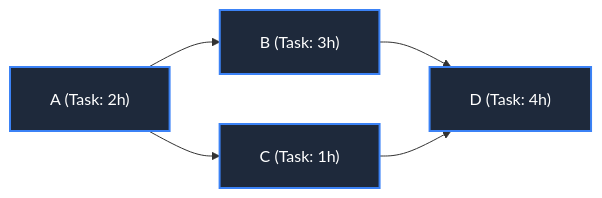
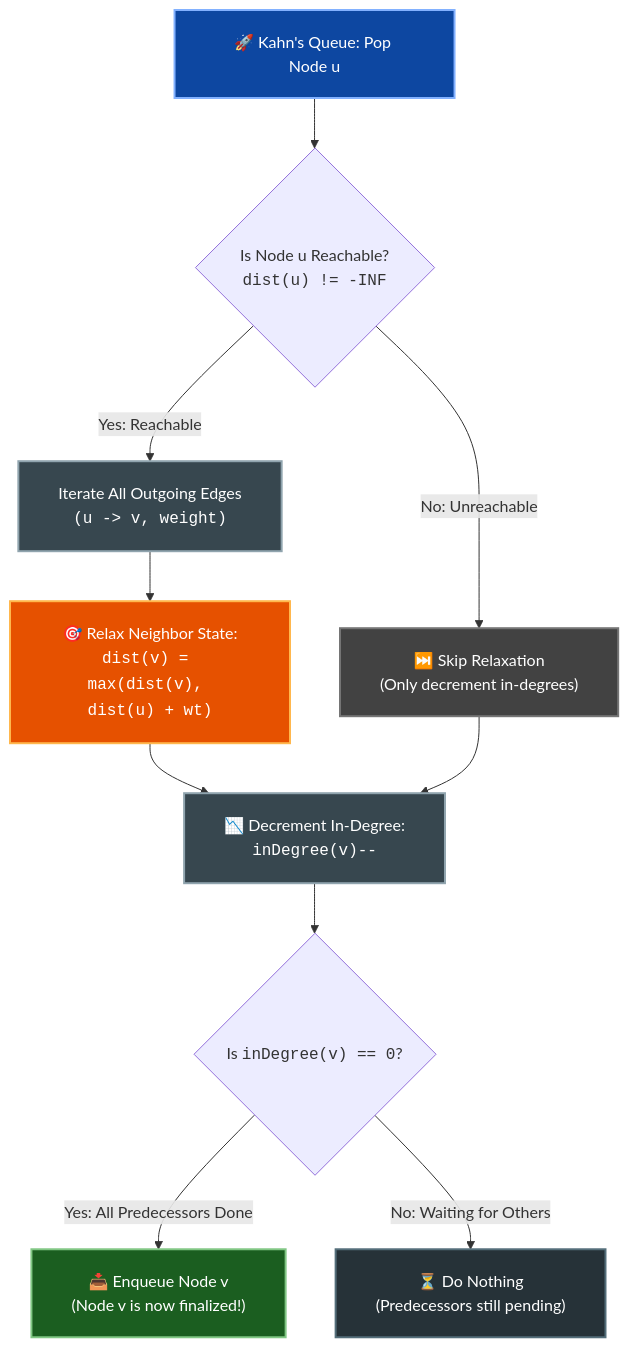
Before and after one commit to dip4k/DSA_102: the diagram in week_11_dp_ii_advanced/Week_11_Day_02_DP_On_DAGs_Instructional.md, drawn with Mermaid. The commit also changed other lines of this file and 147 other files, not shown here.

First line of the commit message:
feat(curriculum): enrich Weeks 01-19 instructional modules & resolve repository-wide Mermaid cutoff

````diff
--- a/week_11_dp_ii_advanced/Week_11_Day_02_DP_On_DAGs_Instructional.md
+++ b/week_11_dp_ii_advanced/Week_11_Day_02_DP_On_DAGs_Instructional.md
@@ -97,11 +253,23 @@
 ```mermaid
 %%{init: {"flowchart": {"htmlLabels": true, "padding": 20}, "themeCSS": "foreignObject { overflow: visible !important; }"}}%%
-flowchart LR
-    A["A (Task: 2h)"] --> B["B (Task: 3h)"]
-    A --> C["C (Task: 1h)"]
-    B --> D["D (Task: 4h)"]
-    C --> D
+flowchart TD
+    Start["🚀 Kahn's Queue: Pop Node u"]:::nodeStart --> ReachCheck{"Is Node u Reachable?<br/><code>dist(u) != -INF</code>"}
+    
+    ReachCheck -->|No: Unreachable| Skip["⏭️ Skip Relaxation<br/>(Only decrement in-degrees)"]:::nodeSkip
+    ReachCheck -->|Yes: Reachable| RelaxLoop["Iterate All Outgoing Edges<br/><code>(u -&gt; v, weight)</code>"]:::nodeProcess
+    
+    RelaxLoop --> UpdateDP["🎯 Relax Neighbor State:<br/><code>dist(v) = max(dist(v), dist(u) + wt)</code>"]:::nodeUpdate
+    UpdateDP --> DecDegree["📉 Decrement In-Degree:<br/><code>inDegree(v)--</code>"]:::nodeProcess
+    Skip --> DecDegree
+    
+    DecDegree --> ZeroCheck{"Is <code>inDegree(v) == 0</code>?"}
+    ZeroCheck -->|Yes: All Predecessors Done| PushQ["📥 Enqueue Node v<br/>(Node v is now finalized!)"]:::nodeSuccess
+    ZeroCheck -->|No: Waiting for Others| Wait["⏳ Do Nothing<br/>(Predecessors still pending)"]:::nodeWait
 
-    classDef default fill:#1e293b,stroke:#3b82f6,stroke-width:2px,color:#ffffff
-    classDef highlight fill:#0d47a1,stroke:#82b1ff,stroke-width:2px,color:#ffffff
+    classDef nodeStart fill:#0d47a1,stroke:#82b1ff,stroke-width:2px,color:#ffffff
+    classDef nodeProcess fill:#37474f,stroke:#90a4ae,stroke-width:2px,color:#ffffff
+    classDef nodeUpdate fill:#e65100,stroke:#ffb74d,stroke-width:2px,color:#ffffff
+    classDef nodeSuccess fill:#1b5e20,stroke:#81c784,stroke-width:2px,color:#ffffff
+    classDef nodeSkip fill:#424242,stroke:#757575,stroke-width:2px,color:#ffffff
+    classDef nodeWait fill:#263238,stroke:#546e7a,stroke-width:2px,color:#ffffff
 ```
````
